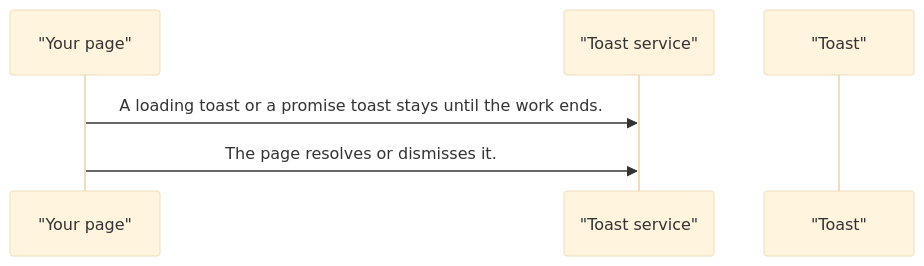
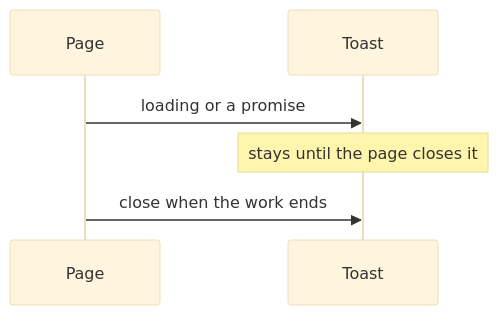
The fourth of 4 diagrams in projects/pixel-ui/src/lib/pixel-toast/DESIGN.md (RajshekharBorate/pixel-ui), drawn with Mermaid (base theme) before and after one commit. The commit also changed other lines of this file and 73 other files, not shown here.

Commit message:
Explain who owns each value and what each flow does in every component and service design.

````diff
--- a/projects/pixel-ui/src/lib/pixel-toast/DESIGN.md
+++ b/projects/pixel-ui/src/lib/pixel-toast/DESIGN.md
@@ -74,8 +98,8 @@
 ```mermaid
 sequenceDiagram
-  participant page as "Your page"
-  participant service as "Toast service"
-  participant toast as "Toast"
-  page->>service: A loading toast or a promise toast stays until the work ends.
-  page->>service: The page resolves or dismisses it.
+  participant Page
+  participant Toast
+  Page->>Toast: loading or a promise
+  Note over Toast: stays until the page closes it
+  Page->>Toast: close when the work ends
 ```
````
